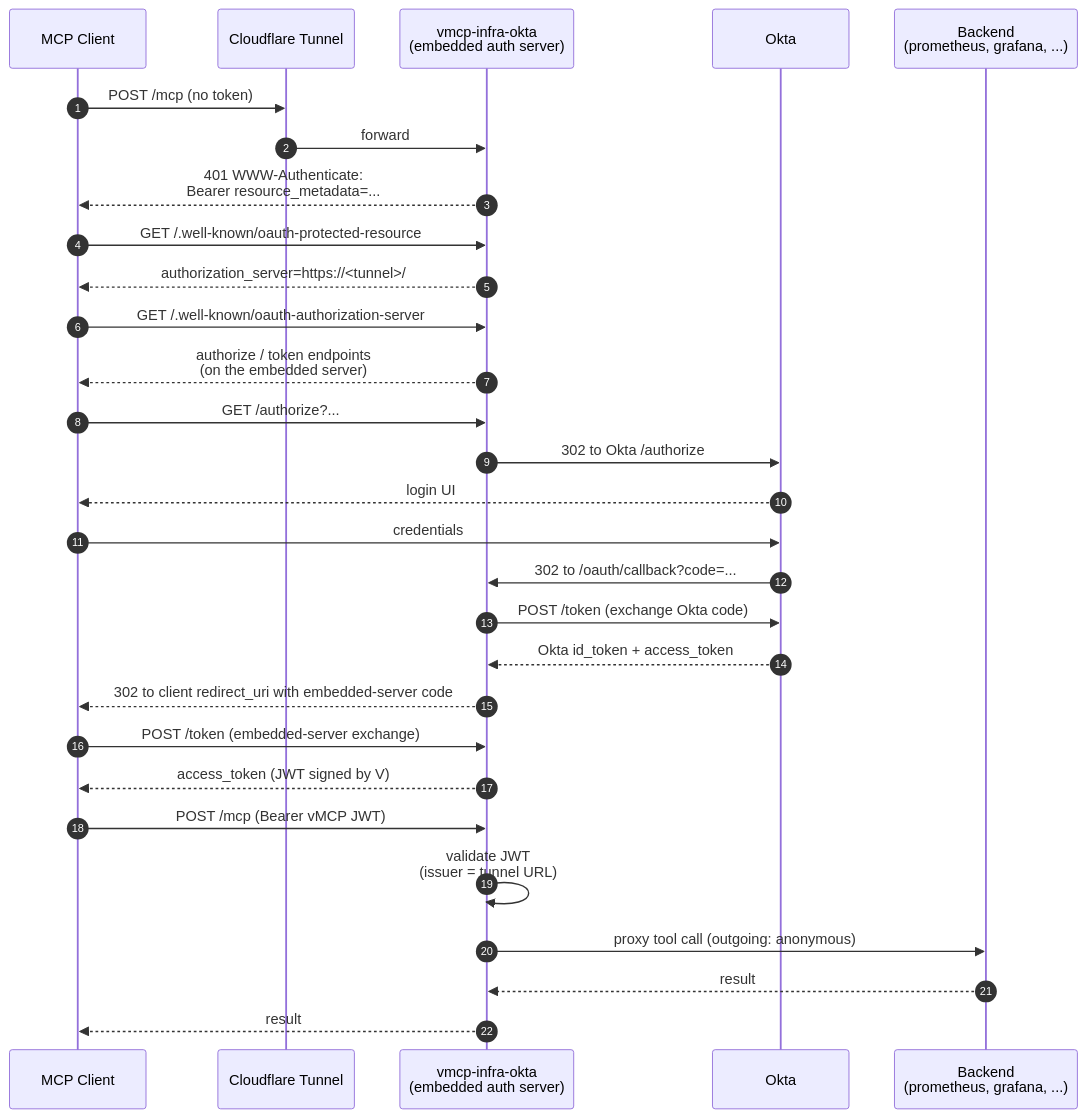
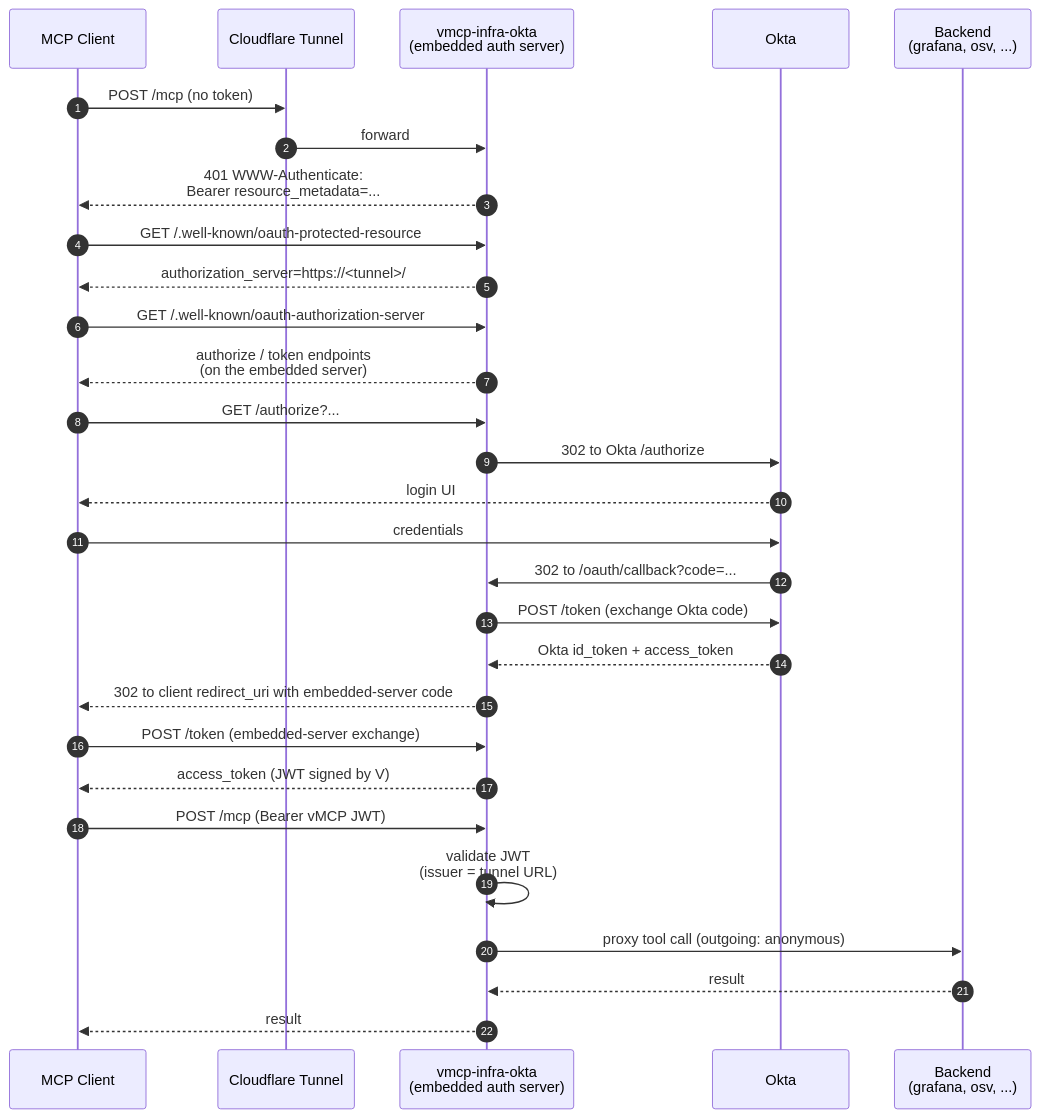
Before and after one commit to StacklokLabs/toolhive-demo-sandbox: the fourth of 4 diagrams in ARCHITECTURE.md, drawn with Mermaid. The commit also changed other lines of this file and 13 other files, not shown here.

````diff
--- a/ARCHITECTURE.md
+++ b/ARCHITECTURE.md
@@ -176,37 +176,37 @@
 ```mermaid
 sequenceDiagram
   autonumber
   participant C as MCP Client
   participant CF as Cloudflare Tunnel
   participant V as vmcp-infra-okta<br/>(embedded auth server)
   participant O as Okta
-  participant B as Backend<br/>(prometheus, grafana, ...)
+  participant B as Backend<br/>(grafana, osv, ...)
 
   C->>CF: POST /mcp (no token)
   CF->>V: forward
   V-->>C: 401 WWW-Authenticate:<br/>Bearer resource_metadata=...
 
   C->>V: GET /.well-known/oauth-protected-resource
   V-->>C: authorization_server=https://<tunnel>/
 
   C->>V: GET /.well-known/oauth-authorization-server
   V-->>C: authorize / token endpoints<br/>(on the embedded server)
 
   C->>V: GET /authorize?...
   V->>O: 302 to Okta /authorize
   O-->>C: login UI
   C->>O: credentials
   O->>V: 302 to /oauth/callback?code=...
   V->>O: POST /token (exchange Okta code)
   O-->>V: Okta id_token + access_token
   V-->>C: 302 to client redirect_uri with embedded-server code
 
   C->>V: POST /token (embedded-server exchange)
   V-->>C: access_token (JWT signed by V)
 
   C->>V: POST /mcp (Bearer vMCP JWT)
   V->>V: validate JWT<br/>(issuer = tunnel URL)
   V->>B: proxy tool call (outgoing: anonymous)
   B-->>V: result
   V-->>C: result
 ```
````
